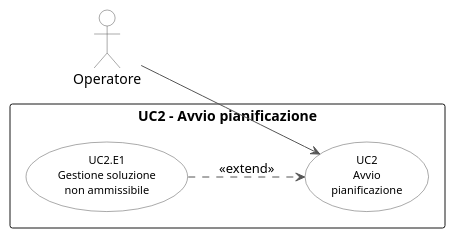
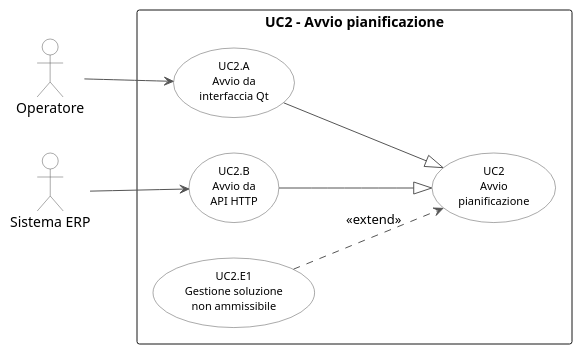
The diagram in plantuml/usecase/uc2.puml (Faverooo/Tesi-MarcoFavero), drawn with PlantUML before and after one commit. The commit also changed 10 other files, not shown here.

```diff
--- a/plantuml/usecase/uc2.puml
+++ b/plantuml/usecase/uc2.puml
@@ -1,24 +1,31 @@
 @startuml uc2
 left to right direction
 skinparam backgroundColor white
 skinparam usecase {
     BackgroundColor White
     BorderColor #555555
     ArrowColor #555555
     FontSize 11
 }
 skinparam actor {
     BackgroundColor White
     BorderColor #555555
 }
 
 actor "Operatore" as op
+actor "Sistema ERP" as erp
 
 rectangle "UC2 - Avvio pianificazione" {
     (UC2\nAvvio\npianificazione) as UC2
+    (UC2.A\nAvvio da\ninterfaccia Qt) as UC2A
+    (UC2.B\nAvvio da\nAPI HTTP) as UC2B
     (UC2.E1\nGestione soluzione\nnon ammissibile) as UC2E1
+
+    UC2A --|> UC2
+    UC2B --|> UC2
+    UC2E1 ..> UC2 : <<extend>>
 }
 
-op --> UC2
-UC2E1 ..> UC2 : <<extend>>
+op --> UC2A
+erp --> UC2B
 @enduml
```
